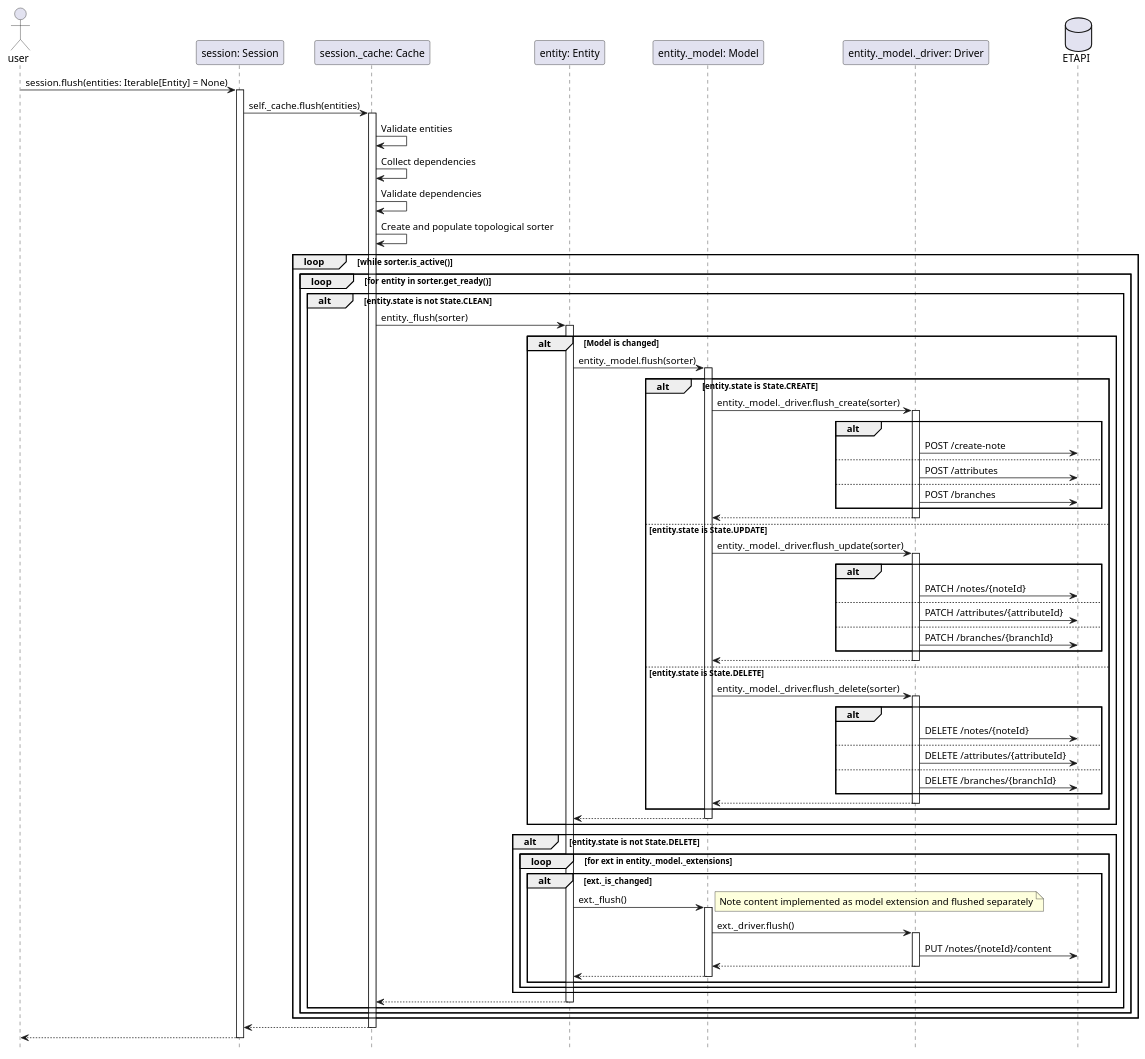
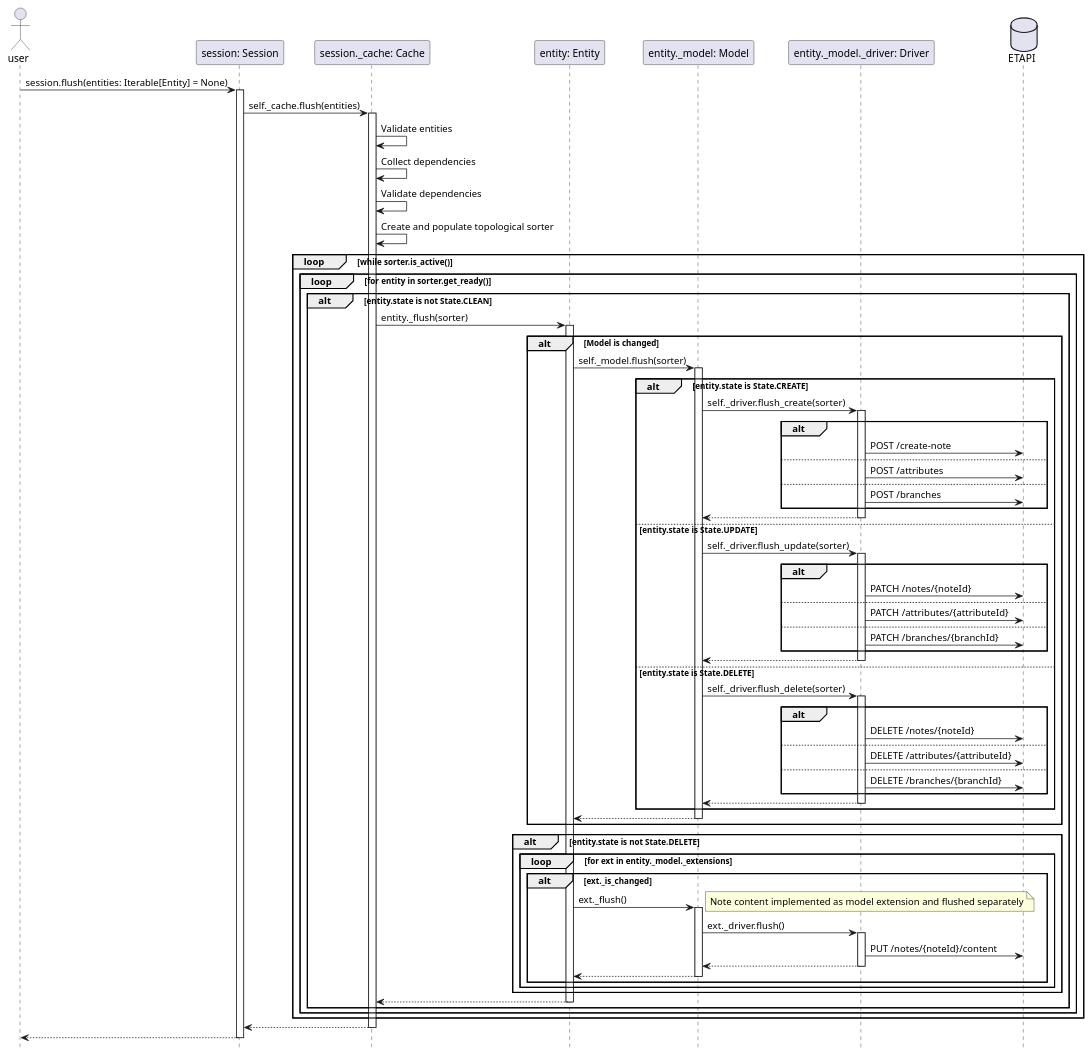
The diagram in doc/dev/design.md (mm21/trilium-alchemy), drawn with PlantUML before and after one commit. The commit also changed other lines of this file and 5 other files, not shown here.

````diff
--- a/doc/dev/design.md
+++ b/doc/dev/design.md
@@ -3,82 +7,82 @@
 ```{uml}
 @startuml
 
 hide footbox
 
 actor user as user
 participant "session: Session" as session
 participant "session._cache: Cache" as cache
 participant "entity: Entity" as entity
 participant "entity._model: Model" as model
 participant "entity._model._driver: Driver" as driver
 database "ETAPI" as etapi
 
 user->session ++: session.flush(entities: Iterable[Entity] = None)
 session->cache ++: self._cache.flush(entities)
 
 cache->cache: Validate entities
 cache->cache: Collect dependencies
 cache->cache: Validate dependencies
 cache->cache: Create and populate topological sorter
 
 loop while sorter.is_active()
     loop for entity in sorter.get_ready()
         alt entity.state is not State.CLEAN
             cache->entity ++: entity._flush(sorter)
                 alt Model is changed
-                    entity->model ++: entity._model.flush(sorter)
+                    entity->model ++: self._model.flush(sorter)
                         alt entity.state is State.CREATE
-                            model->driver ++: entity._model._driver.flush_create(sorter)
+                            model->driver ++: self._driver.flush_create(sorter)
                                 alt
                                     driver->etapi: POST /create-note
                                 else
                                     driver->etapi: POST /attributes
                                 else
                                     driver->etapi: POST /branches
                                 end
                             return
                         else entity.state is State.UPDATE
-                            model->driver ++: entity._model._driver.flush_update(sorter)
+                            model->driver ++: self._driver.flush_update(sorter)
                                 alt
                                     driver->etapi: PATCH /notes/{noteId}
                                 else
                                     driver->etapi: PATCH /attributes/{attributeId}
                                 else
                                     driver->etapi: PATCH /branches/{branchId}
                                 end
                             return
                         else entity.state is State.DELETE
-                            model->driver ++: entity._model._driver.flush_delete(sorter)
+                            model->driver ++: self._driver.flush_delete(sorter)
                                 alt
                                     driver->etapi: DELETE /notes/{noteId}
                                 else
                                     driver->etapi: DELETE /attributes/{attributeId}
                                 else
                                     driver->etapi: DELETE /branches/{branchId}
                                 end
                             return
                         end
                     return
                 end
                 alt entity.state is not State.DELETE
                     loop for ext in entity._model._extensions
                         alt ext._is_changed
                             entity->model ++: ext._flush()
                                 note right: Note content implemented as model extension and flushed separately
                                 model->driver ++: ext._driver.flush()
                                     driver->etapi: PUT /notes/{noteId}/content
                                 return
                             return
                         end
                     end
                 end
             return
         end
     end
 end
 
 return
 return
 
 @enduml
 ```
````
